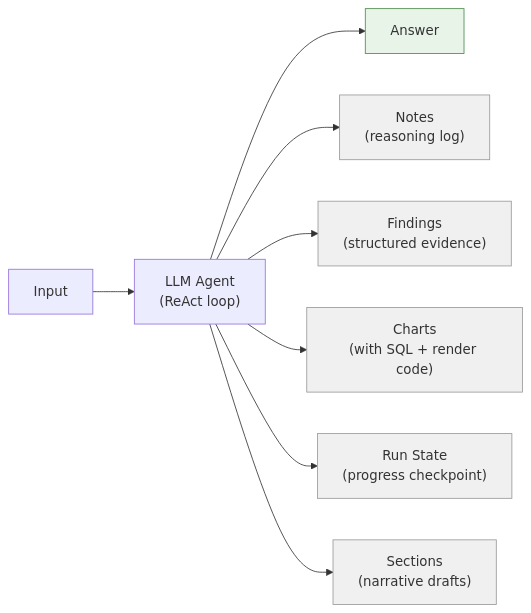
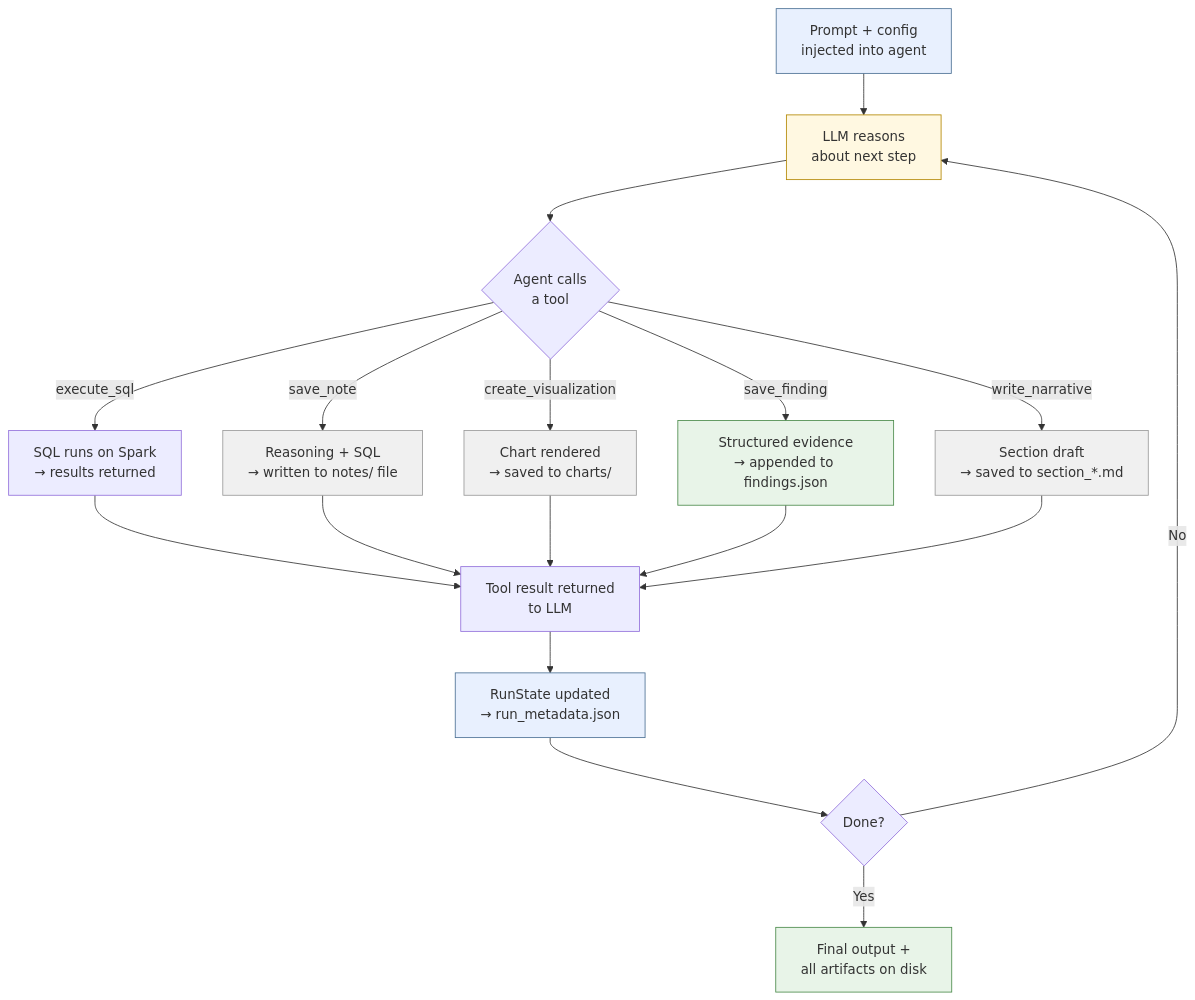
One commit to jweinberg-a2a/versifai-data-agents changed the first of 9 diagrams in docs/run-management.md. Above: the diagram before and after it, drawn with Mermaid. The commit also changed other lines of this file and 3 other files, not shown here.

Commit message:
new diagrams

````diff
--- a/docs/run-management.md
+++ b/docs/run-management.md
@@ -23,17 +22,31 @@
 ```mermaid
-flowchart LR
-    INPUT[Input] --> LLM["LLM Agent\n(ReAct loop)"]
-    LLM --> ANSWER["Answer"]
-    LLM --> NOTES["Notes\n(reasoning log)"]
-    LLM --> FINDINGS["Findings\n(structured evidence)"]
-    LLM --> CHARTS["Charts\n(with SQL + render code)"]
-    LLM --> STATE["Run State\n(progress checkpoint)"]
-    LLM --> SECTIONS["Sections\n(narrative drafts)"]
+flowchart TD
+    PROMPT["Prompt + config<br>injected into agent"] --> REASON["LLM reasons<br>about next step"]
+    REASON --> TOOL{"Agent calls<br>a tool"}
 
-    style ANSWER fill:#e8f4e8,stroke:#4a8a4a
-    style NOTES fill:#f0f0f0,stroke:#999
-    style FINDINGS fill:#f0f0f0,stroke:#999
-    style CHARTS fill:#f0f0f0,stroke:#999
-    style STATE fill:#f0f0f0,stroke:#999
-    style SECTIONS fill:#f0f0f0,stroke:#999
+    TOOL -->|execute_sql| SQL["SQL runs on Spark<br>→ results returned"]
+    TOOL -->|save_note| NOTE["Reasoning + SQL<br>→ written to notes/ file"]
+    TOOL -->|create_visualization| CHART["Chart rendered<br>→ saved to charts/"]
+    TOOL -->|save_finding| FINDING["Structured evidence<br>→ appended to findings.json"]
+    TOOL -->|write_narrative| SECTION["Section draft<br>→ saved to section_*.md"]
+
+    SQL --> BACK["Tool result returned<br>to LLM"]
+    NOTE --> BACK
+    CHART --> BACK
+    FINDING --> BACK
+    SECTION --> BACK
+
+    BACK --> STATE["RunState updated<br>→ run_metadata.json"]
+    STATE --> DONE{Done?}
+    DONE -->|No| REASON
+    DONE -->|Yes| FINAL["Final output +<br>all artifacts on disk"]
+
+    style PROMPT fill:#e8f0fe,stroke:#4a6f93
+    style REASON fill:#fff8e1,stroke:#b38600
+    style NOTE fill:#f0f0f0,stroke:#999
+    style CHART fill:#f0f0f0,stroke:#999
+    style FINDING fill:#e8f4e8,stroke:#4a8a4a
+    style SECTION fill:#f0f0f0,stroke:#999
+    style STATE fill:#e8f0fe,stroke:#4a6f93
+    style FINAL fill:#e8f4e8,stroke:#4a8a4a
 ```
````
